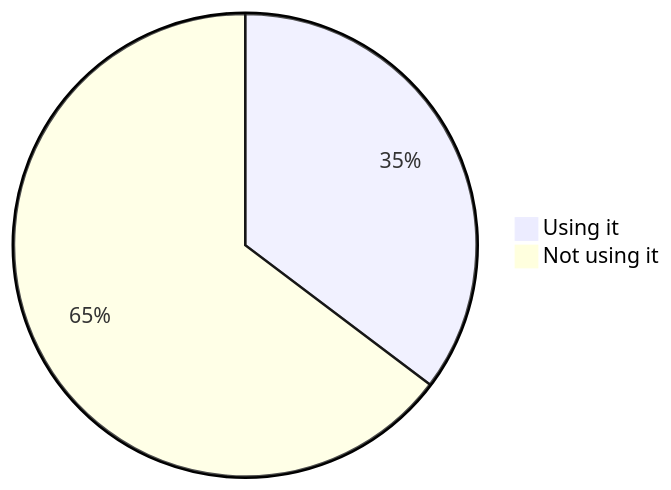
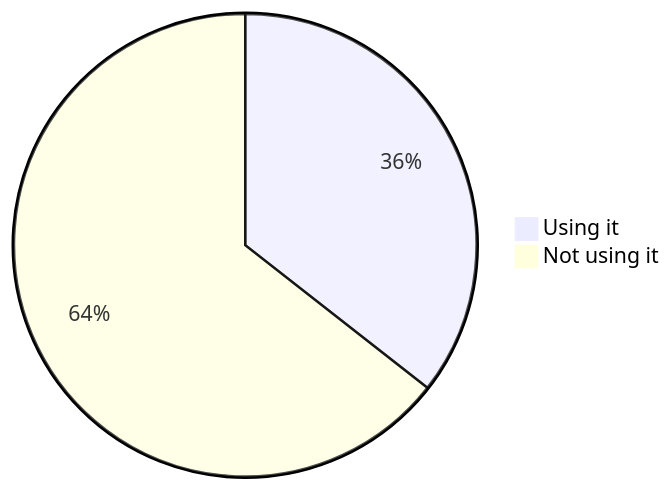
Diagram 14 of 22 in stats.md (oshp/oshp-stats), drawn with Mermaid before and after one commit. The commit also changed other lines of this file, not shown here.

````diff
--- a/stats.md
+++ b/stats.md
@@ -166,6 +166,6 @@
 ```mermaid
 pie
-	"Using it" : 35.29
-	"Not using it" : 64.71
+	"Using it" : 35.57
+	"Not using it" : 64.43
 
 ```
````
